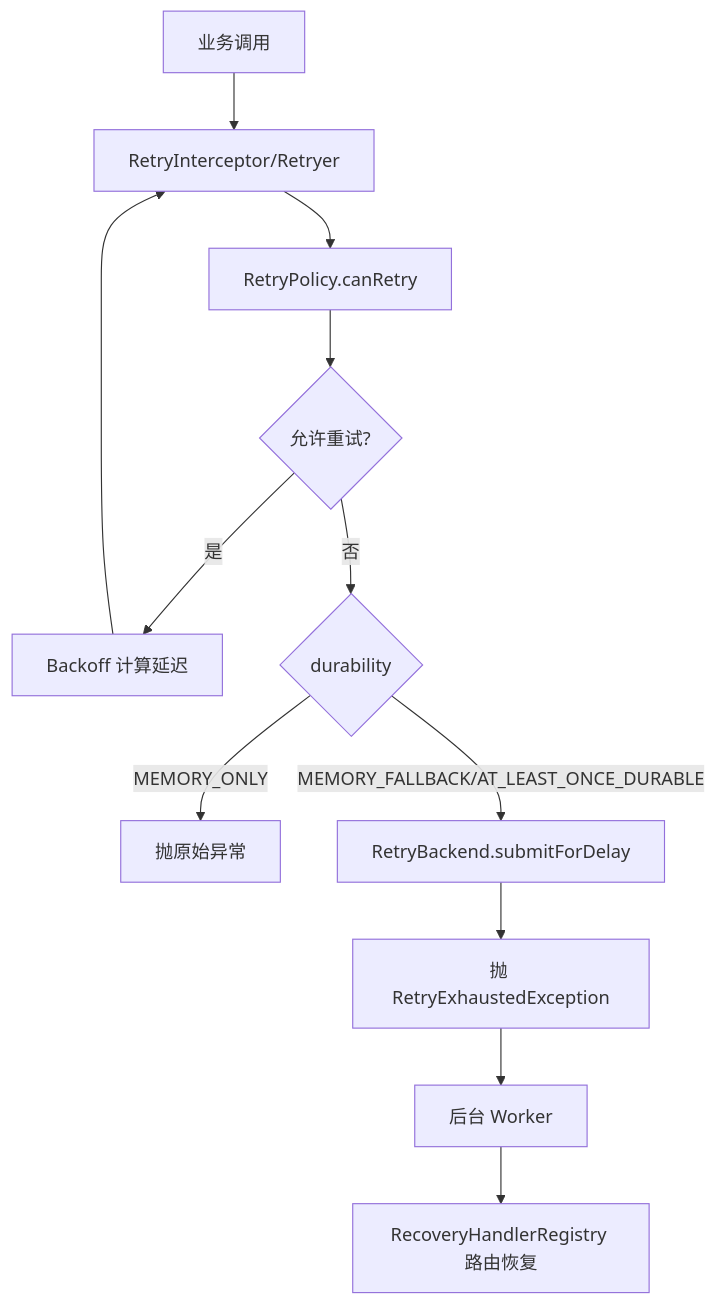
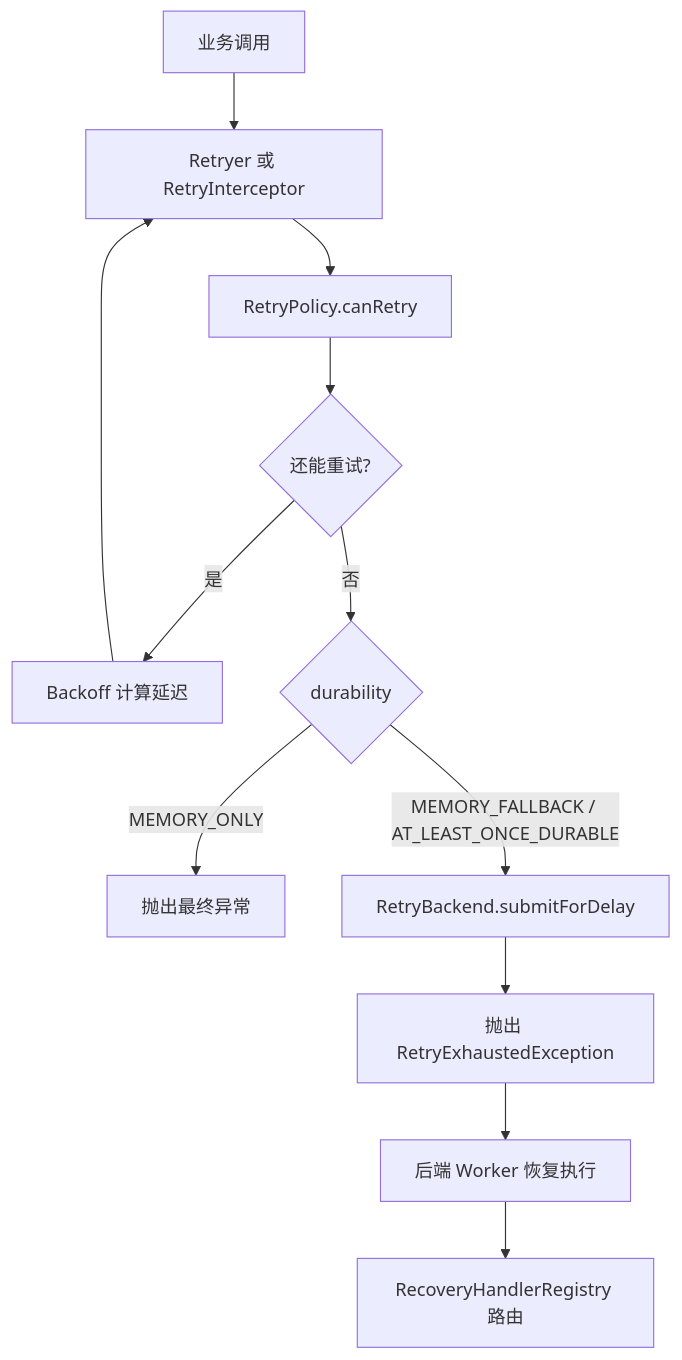
One commit to team4u/team4u-framework changed the diagram in team4u-retry/README.md. Above: the diagram before and after it, drawn with Mermaid. The commit also changed other lines of this file and 6 other files, not shown here.

````diff
--- a/team4u-retry/README.md
+++ b/team4u-retry/README.md
@@ -318,14 +808,14 @@
 ```mermaid
 graph TD
-    A[业务调用] --> B[RetryInterceptor/Retryer]
+    A[业务调用] --> B[Retryer 或 RetryInterceptor]
     B --> C[RetryPolicy.canRetry]
-    C --> D{允许重试?}
+    C --> D{还能重试?}
     D -->|是| E[Backoff 计算延迟]
     E --> B
     D -->|否| F{durability}
-    F -->|MEMORY_ONLY| G[抛原始异常]
-    F -->|MEMORY_FALLBACK/AT_LEAST_ONCE_DURABLE| H[RetryBackend.submitForDelay]
-    H --> I[抛 RetryExhaustedException]
-    I --> J[后台 Worker]
-    J --> K[RecoveryHandlerRegistry 路由恢复]
+    F -->|MEMORY_ONLY| G[抛出最终异常]
+    F -->|MEMORY_FALLBACK / AT_LEAST_ONCE_DURABLE| H[RetryBackend.submitForDelay]
+    H --> I[抛出 RetryExhaustedException]
+    I --> J[后端 Worker 恢复执行]
+    J --> K[RecoveryHandlerRegistry 路由]
 ```
````
